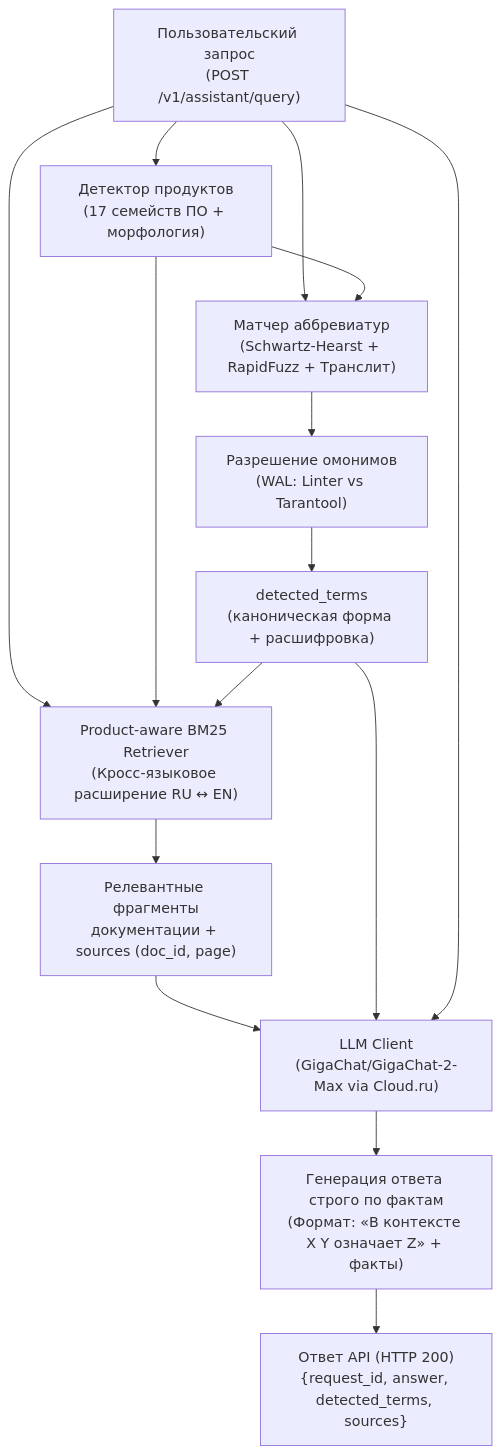
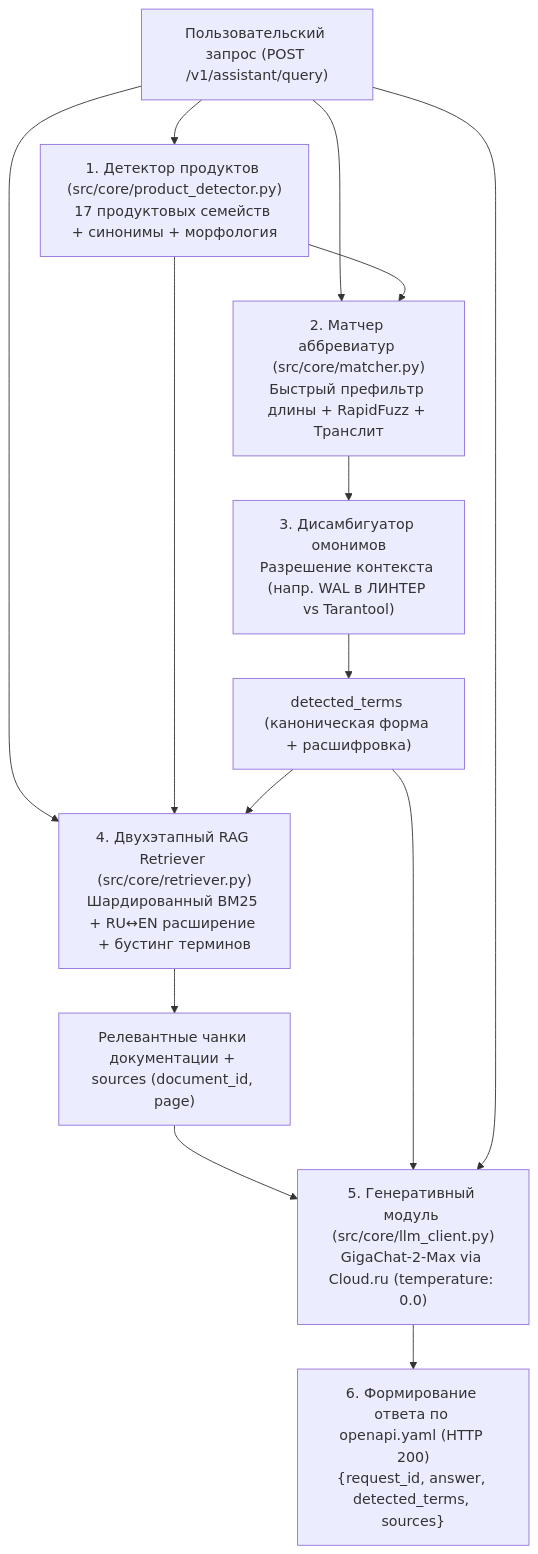
One commit to Otmorojeni/corporate-AI-agent changed the diagram in README.md. Above: the diagram before and after it, drawn with Mermaid. The commit also changed other lines of this file, not shown here.

````diff
--- a/README.md
+++ b/README.md
@@ -20,22 +33,21 @@
 ```mermaid
 flowchart TD
-    UserQuery["Пользовательский запрос<br/>(POST /v1/assistant/query)"] --> ProdDet["Детектор продуктов<br/>(17 семейств ПО + морфология)"]
-    UserQuery --> TermMatch["Матчер аббревиатур<br/>(Schwartz-Hearst + RapidFuzz + Транслит)"]
+    UserQuery["Пользовательский запрос (POST /v1/assistant/query)"] --> ProdDet["1. Детектор продуктов (src/core/product_detector.py)<br/>17 продуктовых семейств + синонимы + морфология"]
+    UserQuery --> TermMatch["2. Матчер аббревиатур (src/core/matcher.py)<br/>Быстрый префильтр длины + RapidFuzz + Транслит"]
     ProdDet --> TermMatch
     
-    TermMatch --> Disambig["Разрешение омонимов<br/>(WAL: Linter vs Tarantool)"]
-    Disambig --> DetectedTerms["detected_terms<br/>(каноническая форма + расшифровка)"]
+    TermMatch --> Disambig["3. Дисамбигуатор омонимов<br/>Разрешение контекста (напр. WAL в ЛИНТЕР vs Tarantool)"]
+    Disambig --> DetectedTerms["detected_terms (каноническая форма + расшифровка)"]
     
-    UserQuery --> Retriever["Product-aware BM25 Retriever<br/>(Кросс-языковое расширение RU ↔ EN)"]
+    UserQuery --> Retriever["4. Двухэтапный RAG Retriever (src/core/retriever.py)<br/>Шардированный BM25 + RU↔EN расширение + бустинг терминов"]
     ProdDet --> Retriever
     DetectedTerms --> Retriever
     
-    Retriever --> Chunks["Релевантные фрагменты<br/>документации + sources (doc_id, page)"]
+    Retriever --> Chunks["Релевантные чанки документации + sources (document_id, page)"]
     
-    Chunks --> LLM["LLM Client<br/>(GigaChat/GigaChat-2-Max via Cloud.ru)"]
+    Chunks --> LLM["5. Генеративный модуль (src/core/llm_client.py)<br/>GigaChat-2-Max via Cloud.ru (temperature: 0.0)"]
     DetectedTerms --> LLM
     UserQuery --> LLM
     
-    LLM --> Formatter["Генерация ответа строго по фактам<br/>(Формат: «В контексте X Y означает Z» + факты)"]
-    Formatter --> Response["Ответ API (HTTP 200)<br/>{request_id, answer, detected_terms, sources}"]
+    LLM --> Response["6. Формирование ответа по openapi.yaml (HTTP 200)<br/>{request_id, answer, detected_terms, sources}"]
 ```
````
